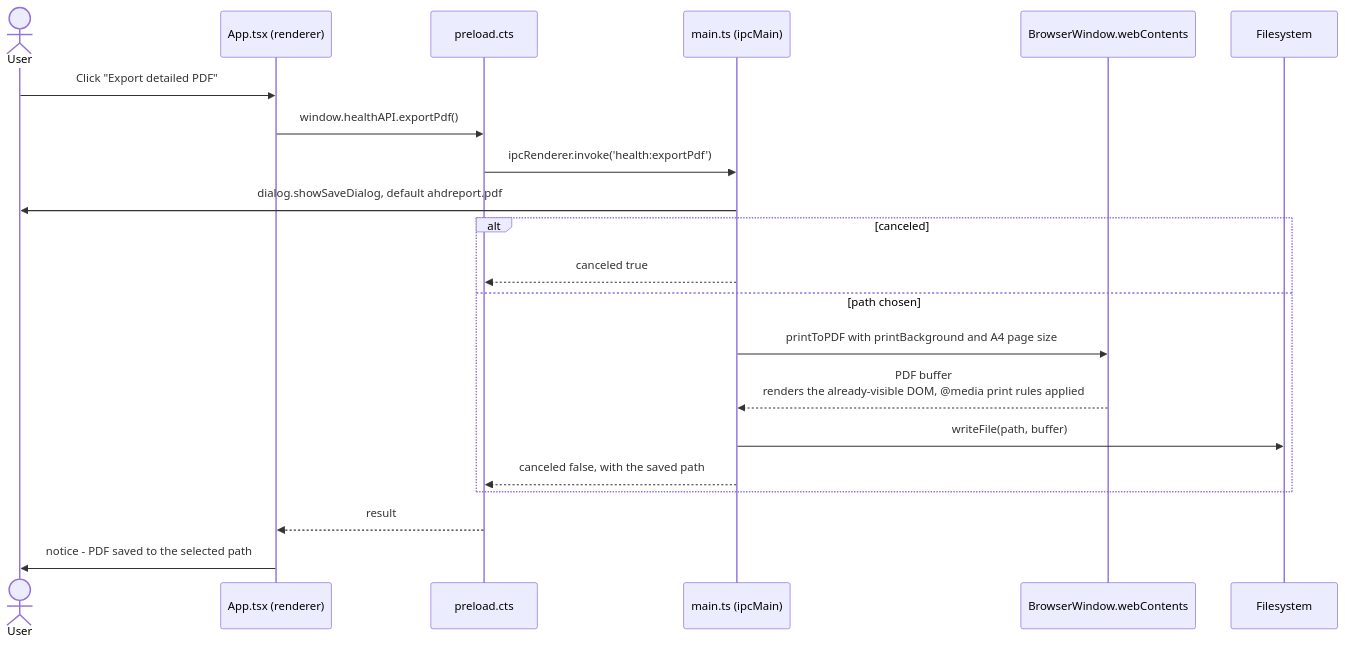
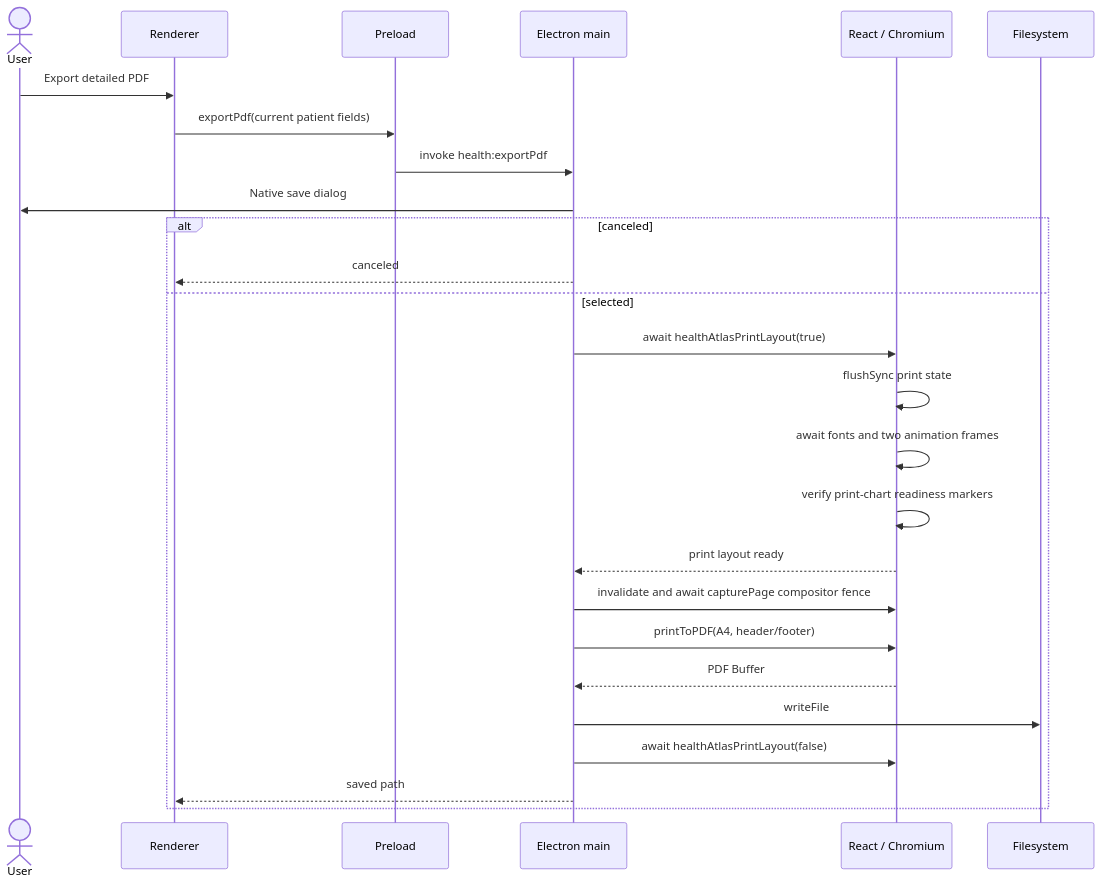
One commit to kiforsbe/ahdreport changed the fifth of 5 diagrams in docs/ARCHITECTURE.md. Above: the diagram before and after it, drawn with Mermaid. The commit also changed other lines of this file, not shown here.

Commit message:
Update AHDReport architecture documentation

````diff
--- a/docs/ARCHITECTURE.md
+++ b/docs/ARCHITECTURE.md
@@ -256,24 +296,29 @@
 ```mermaid
 sequenceDiagram
     actor User
-    participant UI as App.tsx (renderer)
-    participant Bridge as preload.cts
-    participant Main as main.ts (ipcMain)
-    participant Win as BrowserWindow.webContents
+    participant UI as Renderer
+    participant Bridge as Preload
+    participant Main as Electron main
+    participant DOM as React / Chromium
     participant FS as Filesystem
 
-    User->>UI: Click "Export detailed PDF"
-    UI->>Bridge: window.healthAPI.exportPdf()
-    Bridge->>Main: ipcRenderer.invoke('health:exportPdf')
-    Main->>User: dialog.showSaveDialog, default ahdreport.pdf
+    User->>UI: Export detailed PDF
+    UI->>Bridge: exportPdf(current patient fields)
+    Bridge->>Main: invoke health:exportPdf
+    Main->>User: Native save dialog
     alt canceled
-        Main-->>Bridge: canceled true
-    else path chosen
-        Main->>Win: printToPDF with printBackground and A4 page size
-        Win-->>Main: PDF buffer<br/>renders the already-visible DOM, @media print rules applied
-        Main->>FS: writeFile(path, buffer)
-        Main-->>Bridge: canceled false, with the saved path
+        Main-->>UI: canceled
+    else selected
+        Main->>DOM: await healthAtlasPrintLayout(true)
+        DOM->>DOM: flushSync print state
+        DOM->>DOM: await fonts and two animation frames
+        DOM->>DOM: verify print-chart readiness markers
+        DOM-->>Main: print layout ready
+        Main->>DOM: invalidate and await capturePage compositor fence
+        Main->>DOM: printToPDF(A4, header/footer)
+        DOM-->>Main: PDF Buffer
+        Main->>FS: writeFile
+        Main->>DOM: await healthAtlasPrintLayout(false)
+        Main-->>UI: saved path
     end
-    Bridge-->>UI: result
-    UI->>User: notice - PDF saved to the selected path
 ```
````
